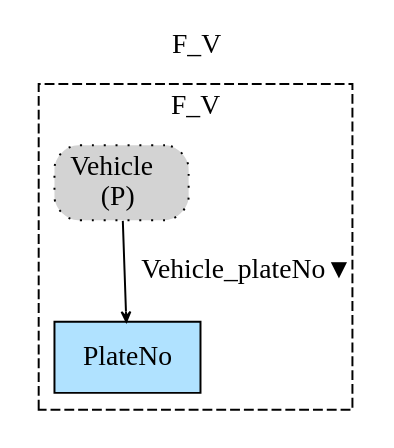
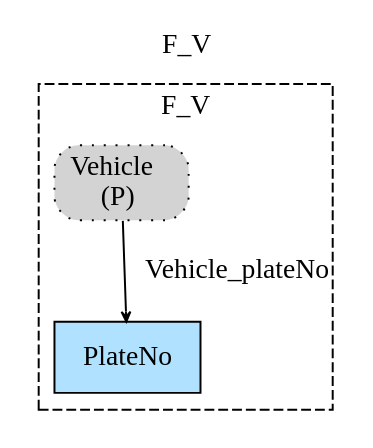
The diagram in Haskell/FragmentaTests/PersonVehicle/img/F_V.gv (namalio/Fragmenta), drawn with Graphviz before and after one commit. The commit also changed 32 other files, not shown here.

```diff
--- a/Haskell/FragmentaTests/PersonVehicle/img/F_V.gv
+++ b/Haskell/FragmentaTests/PersonVehicle/img/F_V.gv
@@ -1,10 +1,10 @@
 digraph {graph[label=F_V,labelloc=tl,labelfontsize=12];
 subgraph cluster_F_V{style=dashed;label=F_V;
 "PVehicle"[shape=box,fillcolor=lightgray,style ="rounded,filled,dotted",label=<Vehicle<br/>(P)>];
 "PlateNo"[shape=record,fillcolor=lightskyblue1,style = filled,label="PlateNo"];
 
-"PVehicle"->"PlateNo"[label="Vehicle_plateNo▼",arrowhead=vee,headlabel="",arrowsize=.5];
+"PVehicle"->"PlateNo"[label="Vehicle_plateNo",arrowhead=vee,headlabel="",arrowsize=.5];
 
 }
 
 }
```
